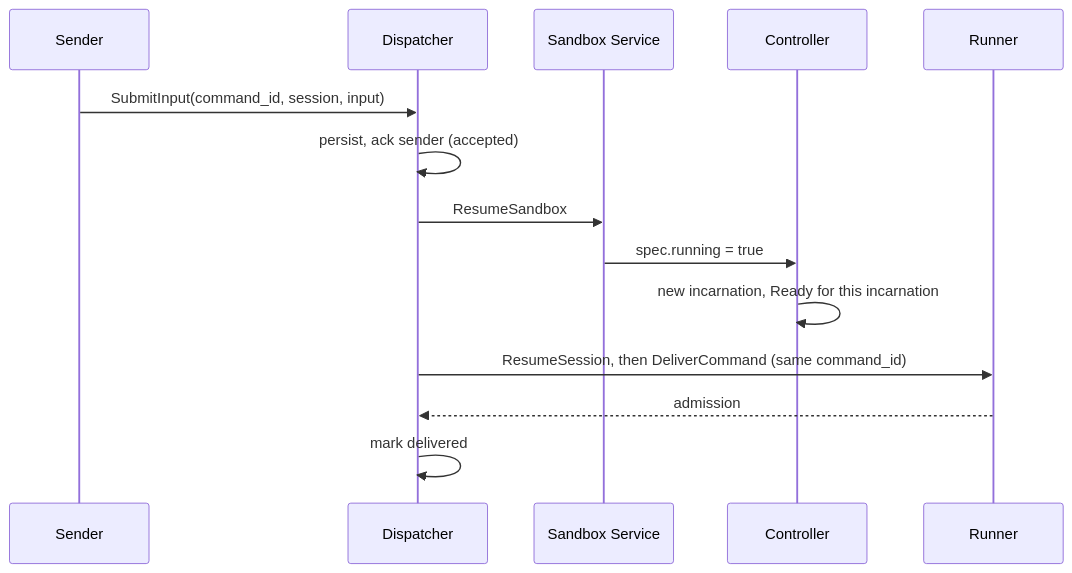
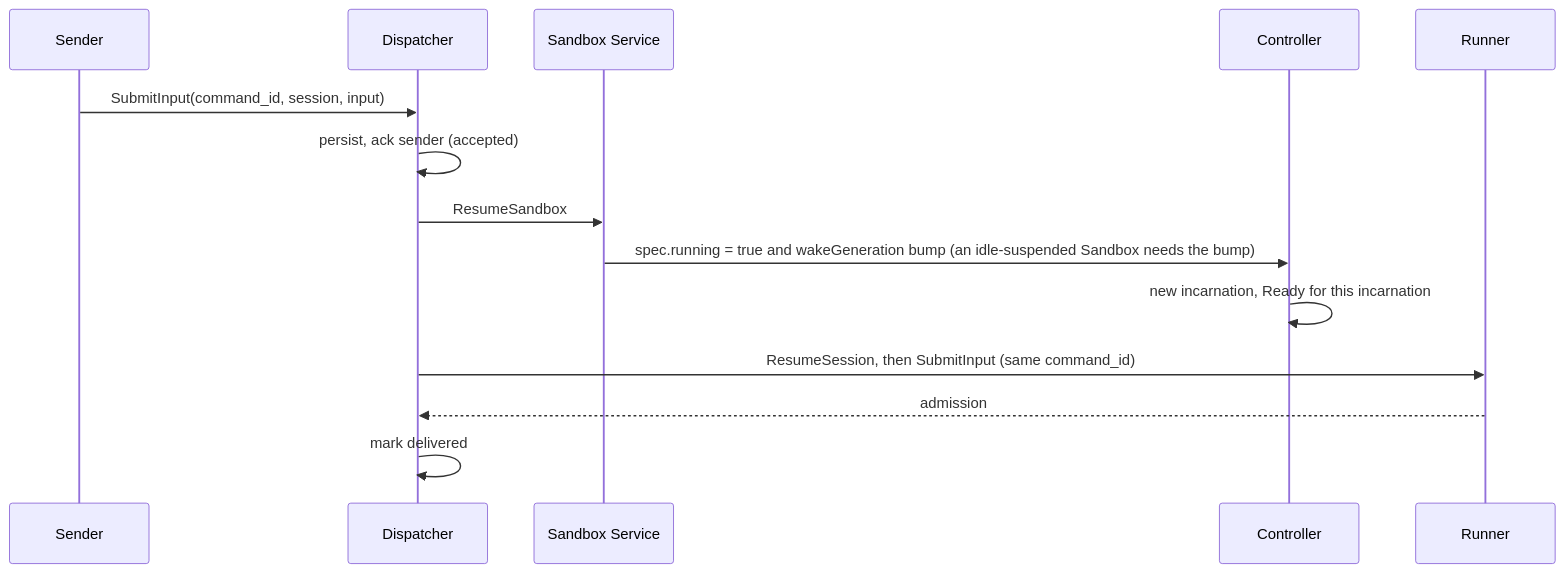
One commit to agentydragon/ducktape changed the fifth of 5 diagrams in agentplane/docs/adr_sandbox_session_control.md. Above: the diagram before and after it, drawn with Mermaid. The commit also changed other lines of this file, not shown here.

````diff
--- a/agentplane/docs/adr_sandbox_session_control.md
+++ b/agentplane/docs/adr_sandbox_session_control.md
@@ -662,16 +698,16 @@
 ```mermaid
 sequenceDiagram
     participant S as Sender
     participant K as Dispatcher
     participant SS as Sandbox Service
     participant C as Controller
     participant R as Runner
     S->>K: SubmitInput(command_id, session, input)
     K->>K: persist, ack sender (accepted)
     K->>SS: ResumeSandbox
-    SS->>C: spec.running = true
+    SS->>C: spec.running = true and wakeGeneration bump (an idle-suspended Sandbox needs the bump)
     C->>C: new incarnation, Ready for this incarnation
-    K->>R: ResumeSession, then DeliverCommand (same command_id)
+    K->>R: ResumeSession, then SubmitInput (same command_id)
     R-->>K: admission
     K->>K: mark delivered
 ```
````
